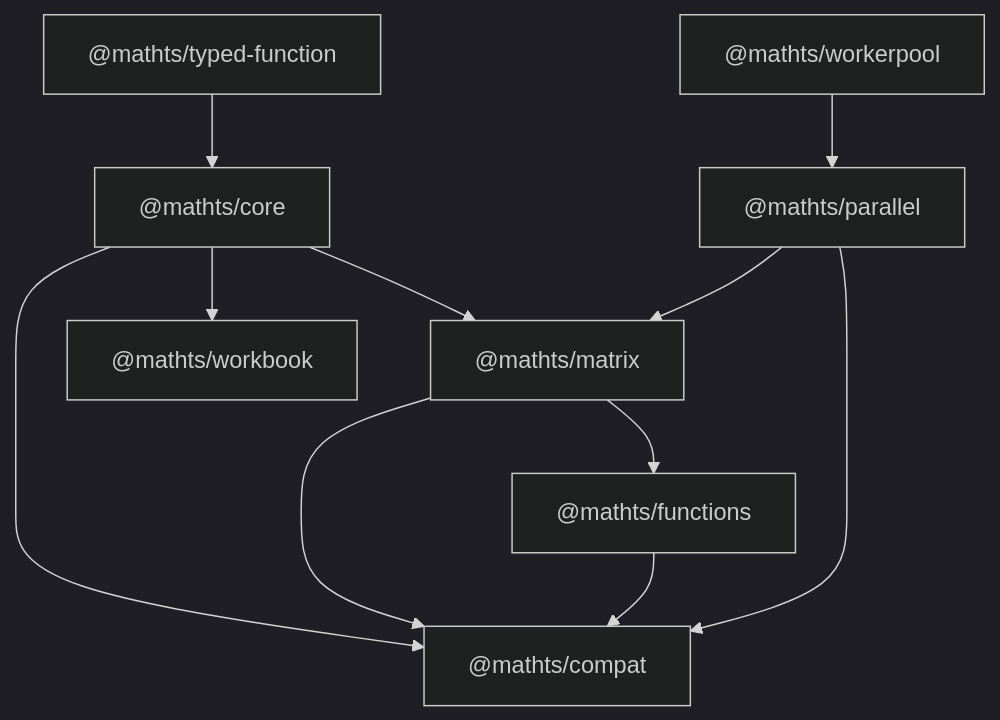
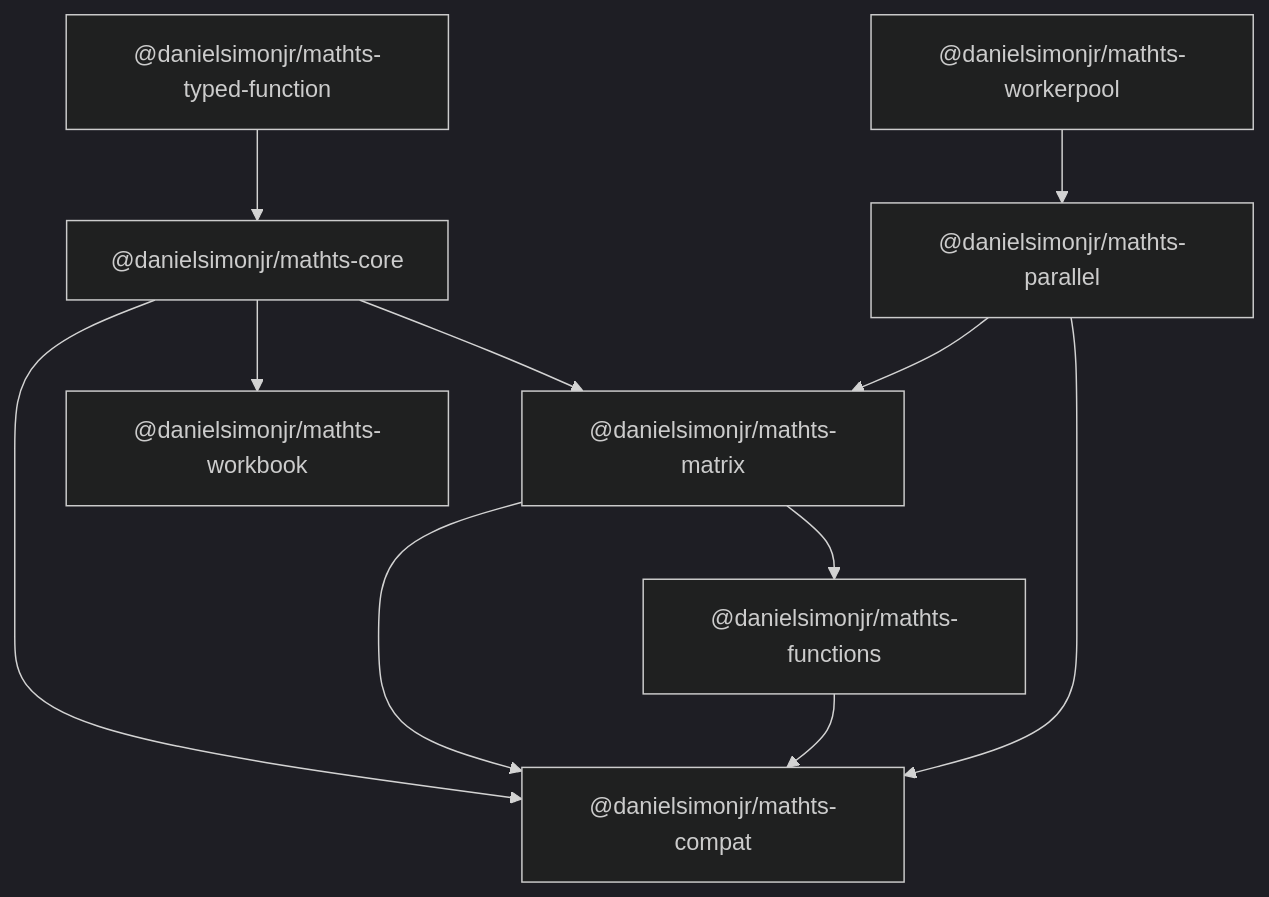
Before and after one commit to danielsimonjr/MathTS: the diagram in docs/Architecture/dependency-graphs/root/ARCHITECTURE.md, drawn with Mermaid (dark theme). The commit also changed other lines of this file and 344 other files, not shown here.

First line of the commit message:
feat: rename packages @mathts/* → @danielsimonjr/mathts-* for npm publishing

````diff
--- a/docs/Architecture/dependency-graphs/root/ARCHITECTURE.md
+++ b/docs/Architecture/dependency-graphs/root/ARCHITECTURE.md
@@ -13,13 +13,13 @@
 ```mermaid
 graph TD
-  TF["@mathts/typed-function"] --> CORE["@mathts/core"]
-  CORE --> MATRIX["@mathts/matrix"]
-  MATRIX --> FUNC["@mathts/functions"]
-  WP["@mathts/workerpool"] --> PAR["@mathts/parallel"]
+  TF["@danielsimonjr/mathts-typed-function"] --> CORE["@danielsimonjr/mathts-core"]
+  CORE --> MATRIX["@danielsimonjr/mathts-matrix"]
+  MATRIX --> FUNC["@danielsimonjr/mathts-functions"]
+  WP["@danielsimonjr/mathts-workerpool"] --> PAR["@danielsimonjr/mathts-parallel"]
   PAR --> MATRIX
-  CORE --> WB["@mathts/workbook"]
-  CORE --> COMPAT["@mathts/compat"]
+  CORE --> WB["@danielsimonjr/mathts-workbook"]
+  CORE --> COMPAT["@danielsimonjr/mathts-compat"]
   MATRIX --> COMPAT
   FUNC --> COMPAT
   PAR --> COMPAT
 ```
````
